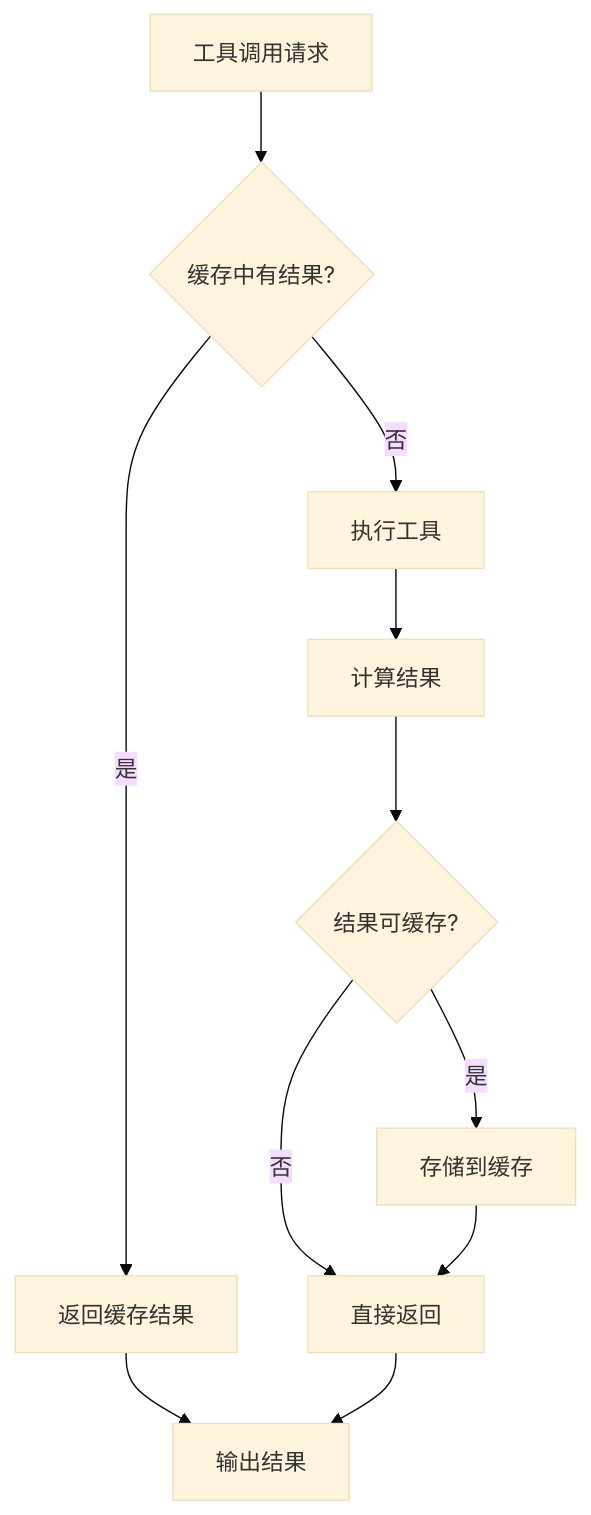
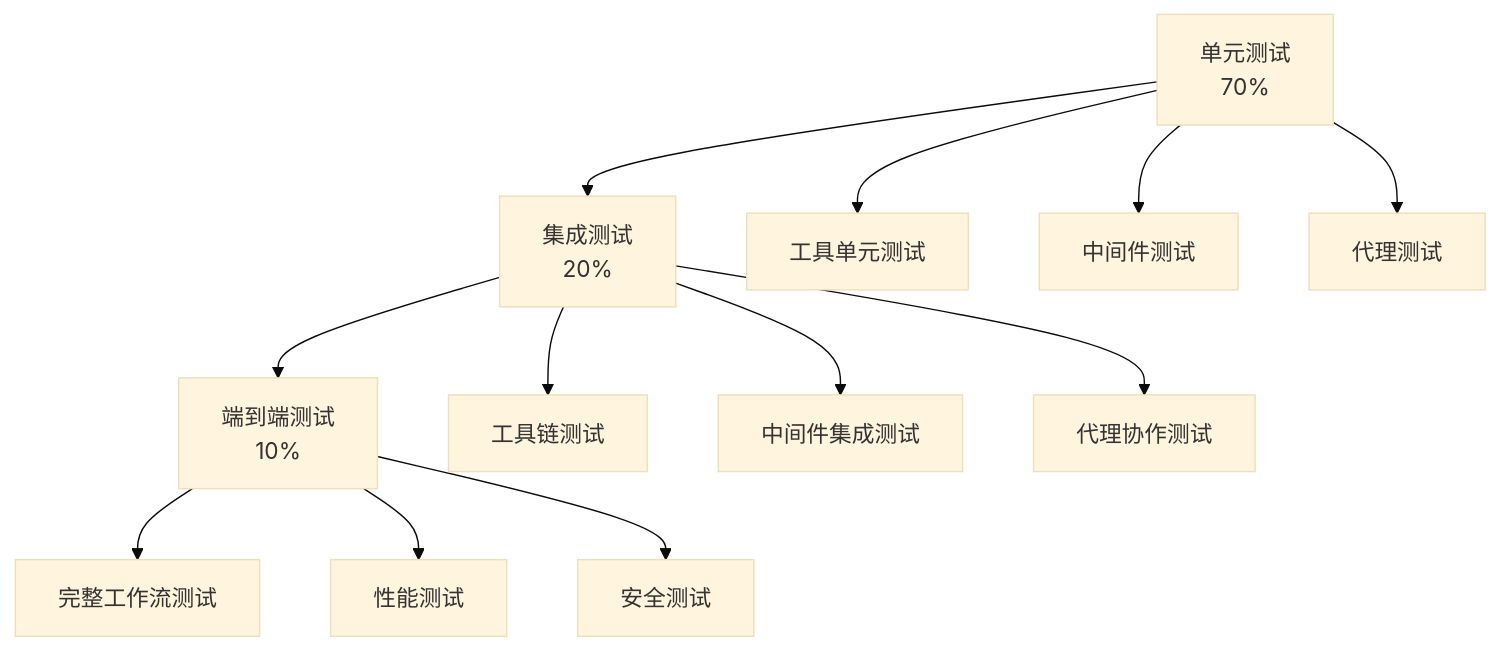
One commit to 3uyuan1ee/Fix_agent changed diagram 20 of 20 in docs/tools_architecture.md. Above: the diagram before and after it, drawn with Mermaid (base theme). The commit also changed other lines of this file, not shown here.

````diff
--- a/docs/tools_architecture.md
+++ b/docs/tools_architecture.md
@@ -984,13 +1195,17 @@
 ```mermaid
-flowchart TD
-    A[工具调用请求] --> B{缓存中有结果?}
-    B -->|是| C[返回缓存结果]
-    B -->|否| D[执行工具]
-    D --> E[计算结果]
-    E --> F{结果可缓存?}
-    F -->|是| G[存储到缓存]
-    F -->|否| H[直接返回]
-    G --> H
-    C --> I[输出结果]
-    H --> I
+graph TD
+    A[单元测试<br/>70%] --> B[集成测试<br/>20%]
+    B --> C[端到端测试<br/>10%]
+
+    A --> D[工具单元测试]
+    A --> E[中间件测试]
+    A --> F[代理测试]
+
+    B --> G[工具链测试]
+    B --> H[中间件集成测试]
+    B --> I[代理协作测试]
+
+    C --> J[完整工作流测试]
+    C --> K[性能测试]
+    C --> L[安全测试]
 ```
````
